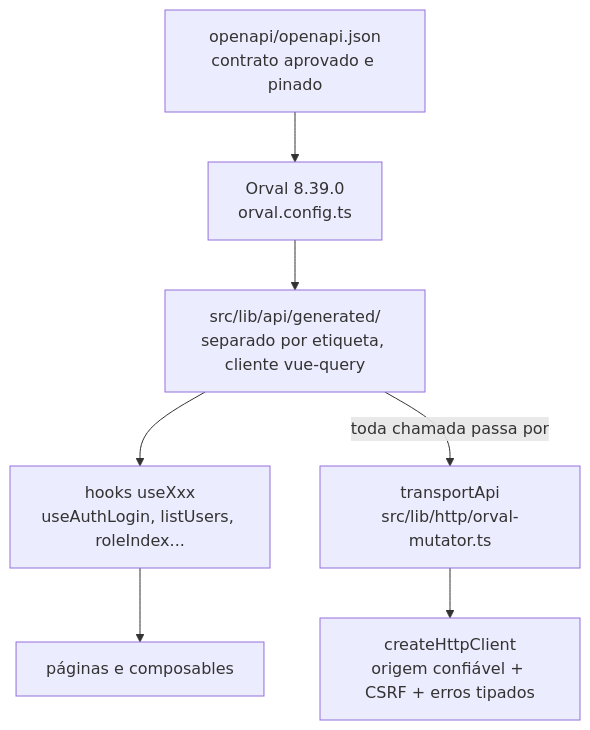
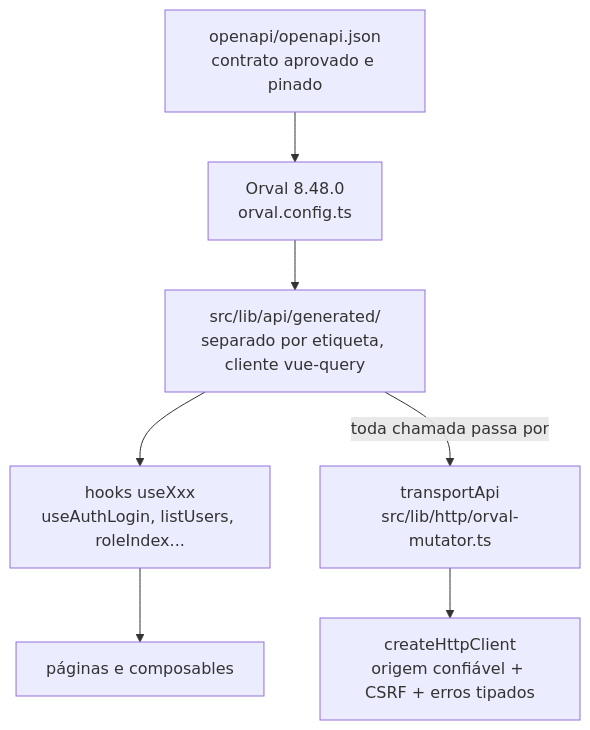
One commit to yanpenalva/starter-kit-frontend changed the fifth of 7 diagrams in docs/03-arquitetura.md. Above: the diagram before and after it, drawn with Mermaid. The commit also changed 156 other files, not shown here.

````diff
--- a/docs/03-arquitetura.md
+++ b/docs/03-arquitetura.md
@@ -160,13 +160,13 @@
 ```mermaid
 flowchart TD
     PIN["openapi/openapi.json<br/>contrato aprovado e pinado"]
-    ORVAL["Orval 8.39.0<br/>orval.config.ts"]
+    ORVAL["Orval 8.48.0<br/>orval.config.ts"]
     GEN["src/lib/api/generated/<br/>separado por etiqueta, cliente vue-query"]
     MUTCODE["transportApi<br/>src/lib/http/orval-mutator.ts"]
     CLIENT["createHttpClient<br/>origem confiável + CSRF + erros tipados"]
     HOOKS["hooks useXxx<br/>useAuthLogin, listUsers, roleIndex..."]
     PAGES["páginas e composables"]
 
     PIN --> ORVAL --> GEN --> HOOKS --> PAGES
     GEN -->|toda chamada passa por| MUTCODE --> CLIENT
 ```
````
